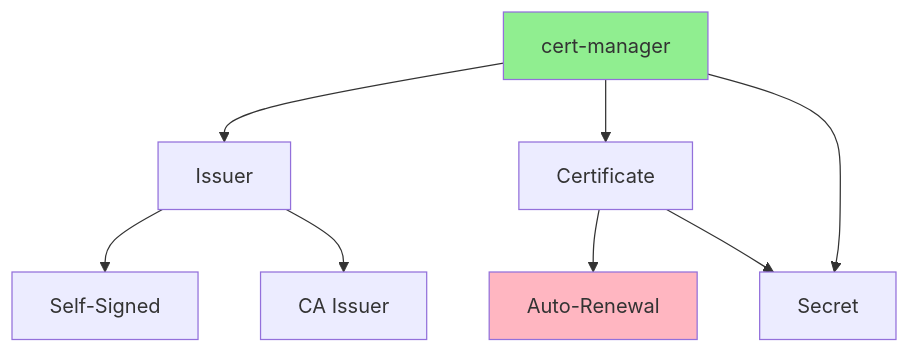
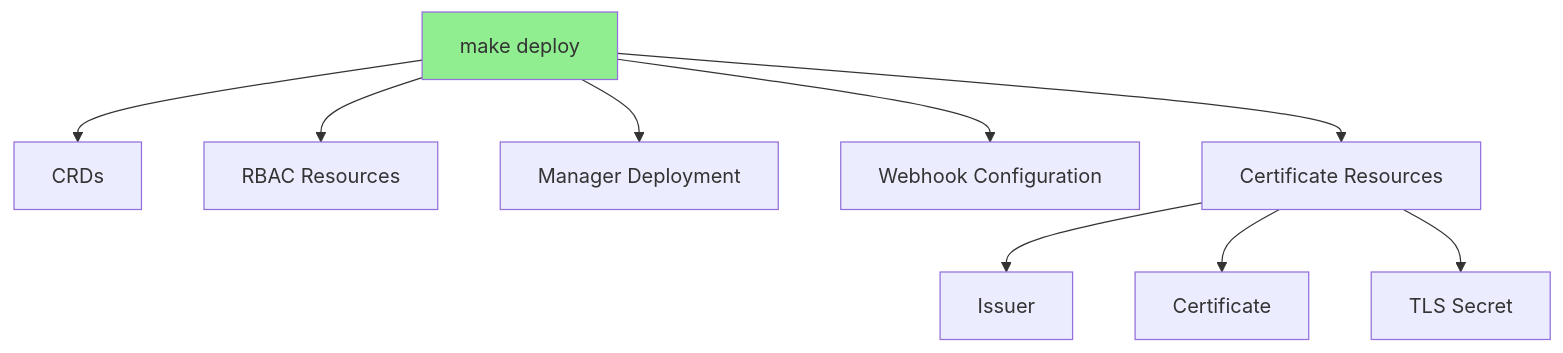
One commit to piyushjajoo/k8s-operators-course changed the fourth of 6 diagrams in module-05/lessons/04-webhook-deployment.md. Above: the diagram before and after it, drawn with Mermaid. The commit also changed other lines of this file and 4 other files, not shown here.

````diff
--- a/module-05/lessons/04-webhook-deployment.md
+++ b/module-05/lessons/04-webhook-deployment.md
@@ -53,17 +146,16 @@
 ```mermaid
 graph TB
-    CERT_MGR[cert-manager]
+    DEPLOY[make deploy]
     
-    CERT_MGR --> ISSUER[Issuer]
-    CERT_MGR --> CERTIFICATE[Certificate]
-    CERT_MGR --> SECRET[Secret]
+    DEPLOY --> CRD[CRDs]
+    DEPLOY --> RBAC[RBAC Resources]
+    DEPLOY --> MANAGER[Manager Deployment]
+    DEPLOY --> WEBHOOK[Webhook Configuration]
+    DEPLOY --> CERT[Certificate Resources]
     
-    ISSUER --> SELF_SIGNED[Self-Signed]
-    ISSUER --> CA[CA Issuer]
+    CERT --> ISSUER[Issuer]
+    CERT --> CERTIFICATE[Certificate]
+    CERT --> SECRET[TLS Secret]
     
-    CERTIFICATE --> AUTO[Auto-Renewal]
-    CERTIFICATE --> SECRET
-    
-    style CERT_MGR fill:#90EE90
-    style AUTO fill:#FFB6C1
+    style DEPLOY fill:#90EE90
 ```
````
